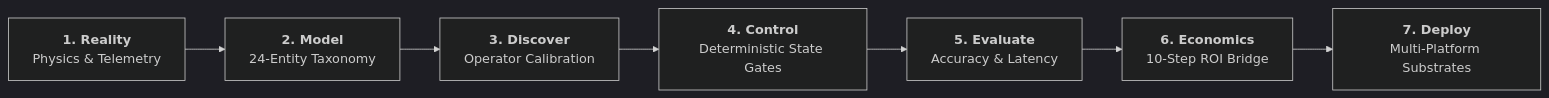
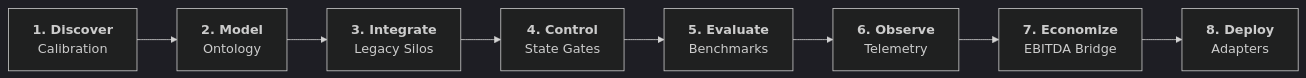
Before and after one commit to Kaisen2350/FDE-Workbench: the diagram in README.md, drawn with Mermaid (dark theme). The commit also changed 2 other files, not shown here.

Commit message:
docs: lock FDE positioning, 8-stage proof architecture, and vanguard publication sequence

````diff
--- a/README.md
+++ b/README.md
@@ -17,9 +17,10 @@
 ```mermaid
 flowchart LR
-    A["<b>1. Reality</b><br/>Physics & Telemetry"] --> B["<b>2. Model</b><br/>24-Entity Taxonomy"]
-    B --> C["<b>3. Discover</b><br/>Operator Calibration"]
-    C --> D["<b>4. Control</b><br/>Deterministic State Gates"]
-    D --> E["<b>5. Evaluate</b><br/>Accuracy & Latency"]
-    E --> F["<b>6. Economics</b><br/>10-Step ROI Bridge"]
-    F --> G["<b>7. Deploy</b><br/>Multi-Platform Substrates"]
+    A["<b>1. Discover</b><br/>Calibration"] --> B["<b>2. Model</b><br/>Ontology"]
+    B --> C["<b>3. Integrate</b><br/>Legacy Silos"]
+    C --> D["<b>4. Control</b><br/>State Gates"]
+    D --> E["<b>5. Evaluate</b><br/>Benchmarks"]
+    E --> F["<b>6. Observe</b><br/>Telemetry"]
+    F --> G["<b>7. Economize</b><br/>EBITDA Bridge"]
+    G --> H["<b>8. Deploy</b><br/>Adapters"]
 ```
````
